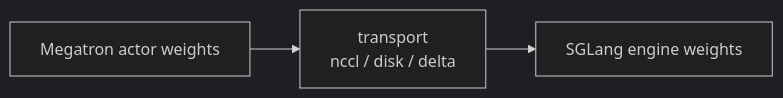
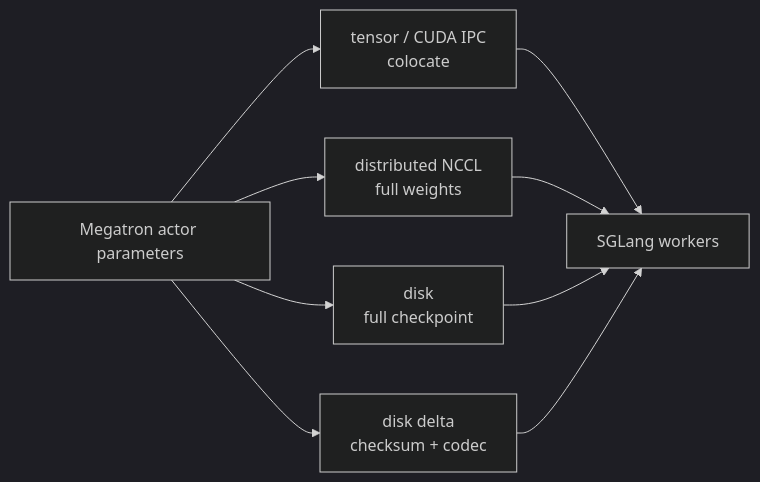
The fourth of 5 diagrams in slime_reading/阅读方法/Slime-阅读方法-数据流.md (OnlyHero5/sglang-reading-vault), drawn with Mermaid (dark theme) before and after one commit. The commit also changed other lines of this file and 512 other files, not shown here.

````diff
--- a/slime_reading/阅读方法/Slime-阅读方法-数据流.md
+++ b/slime_reading/阅读方法/Slime-阅读方法-数据流.md
@@ -95,7 +78,14 @@
 ```mermaid
 flowchart LR
-    M["Megatron actor weights"]
-    C["transport<br/>nccl / disk / delta"]
-    S["SGLang engine weights"]
-    M --> C --> S
+    M["Megatron actor parameters"]
+    T["tensor / CUDA IPC<br/>colocate"]
+    N["distributed NCCL<br/>full weights"]
+    D["disk<br/>full checkpoint"]
+    X["disk delta<br/>checksum + codec"]
+    S["SGLang workers"]
+
+    M --> T --> S
+    M --> N --> S
+    M --> D --> S
+    M --> X --> S
 ```
````
